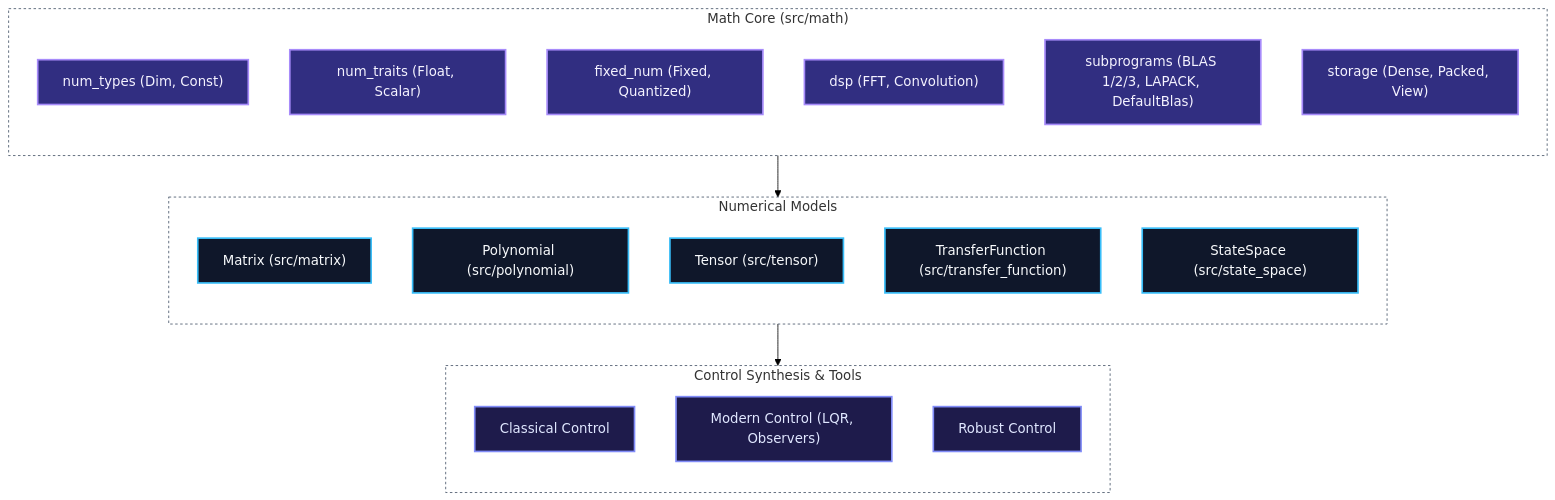
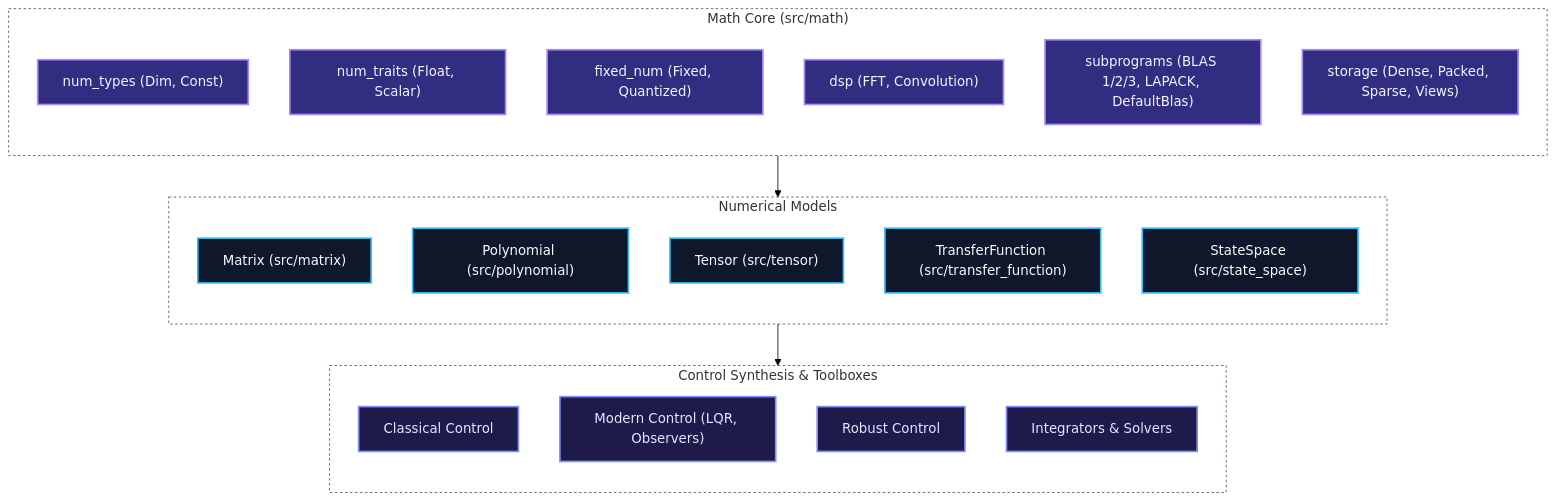
One commit to Dyse-Industries/control-rs changed the diagram in README.md. Above: the diagram before and after it, drawn with Mermaid (forest theme). The commit also changed other lines of this file and 79 other files, not shown here.

````diff
--- a/README.md
+++ b/README.md
@@ -41,41 +58,42 @@
 ```mermaid
 ---
 config:
   layout: dagre
 ---
 flowchart TB
     subgraph Math["Math Core (src/math)"]
         direction TB
         NumTypes["num_types (Dim, Const)"]:::external
         NumTraits["num_traits (Float, Scalar)"]:::external
         FixedNum["fixed_num (Fixed, Quantized)"]:::external
         DspCore["dsp (FFT, Convolution)"]:::external
         Subprograms["subprograms (BLAS 1/2/3, LAPACK, DefaultBlas)"]:::external
-        Storage["storage (Dense, Packed, View)"]:::external
+        Storage["storage (Dense, Packed, Sparse, Views)"]:::external
     end
 
     subgraph Models["Numerical Models"]
         direction TB
         Matrix["Matrix (src/matrix)"]:::core
         Polynomial["Polynomial (src/polynomial)"]:::core
         Tensor["Tensor (src/tensor)"]:::core
         TransferFunction["TransferFunction (src/transfer_function)"]:::core
         StateSpace["StateSpace (src/state_space)"]:::core
     end
 
-    subgraph Tools["Control Synthesis & Tools"]
+    subgraph Tools["Control Synthesis & Toolboxes"]
         direction TB
         Classical["Classical Control"]:::tools
         Modern["Modern Control (LQR, Observers)"]:::tools
         Robust["Robust Control"]:::tools
+        Integrators["Integrators & Solvers"]:::tools
     end
 
     Math --> Models
     Models --> Tools
     classDef core fill: #0f172a, stroke: #38bdf8, stroke-width: 2px, color: #f8fafc
     classDef external fill: #312e81, stroke: #a78bfa, stroke-width: 2px, color: #f5f3ff
     classDef tools fill: #1e1b4b, stroke: #818cf8, stroke-width: 2px, color: #e0e7ff
     style Models fill: transparent, stroke: #475569, stroke-width: 1px, stroke-dasharray: 3 3
     style Math fill: transparent, stroke: #475569, stroke-width: 1px, stroke-dasharray: 3 3
     style Tools fill: transparent, stroke: #475569, stroke-width: 1px, stroke-dasharray: 3 3
 ```
````
